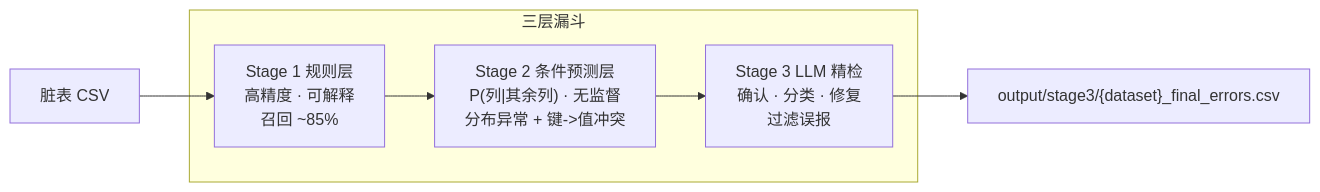
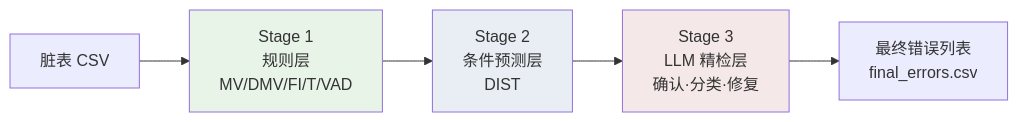
The first of 5 diagrams in PIPELINE.md (1993371829/error_detect), drawn with Mermaid before and after one commit. The commit also changed other lines of this file, not shown here.

````diff
--- a/PIPELINE.md
+++ b/PIPELINE.md
@@ -32,9 +29,11 @@
 ```mermaid
 flowchart LR
-    subgraph funnel["三层漏斗"]
-        S1["Stage 1 规则层<br/>高精度 · 可解释<br/>召回 ~85%"]
-        S2["Stage 2 条件预测层<br/>P(列|其余列) · 无监督<br/>分布异常 + 键->值冲突"]
-        S3["Stage 3 LLM 精检<br/>确认 · 分类 · 修复<br/>过滤误报"]
-    end
-    IN["脏表 CSV"] --> S1 --> S2 --> S3 --> OUT["output/stage3/{dataset}_final_errors.csv"]
+    IN["脏表 CSV"] --> S1["Stage 1<br/>规则层<br/>MV/DMV/FI/T/VAD"]
+    S1 --> S2["Stage 2<br/>条件预测层<br/>DIST"]
+    S2 --> S3["Stage 3<br/>LLM 精检层<br/>确认·分类·修复"]
+    S3 --> OUT["最终错误列表<br/>final_errors.csv"]
+
+    style S1 fill:#e8f4e8
+    style S2 fill:#e8eef4
+    style S3 fill:#f4e8e8
 ```
````
